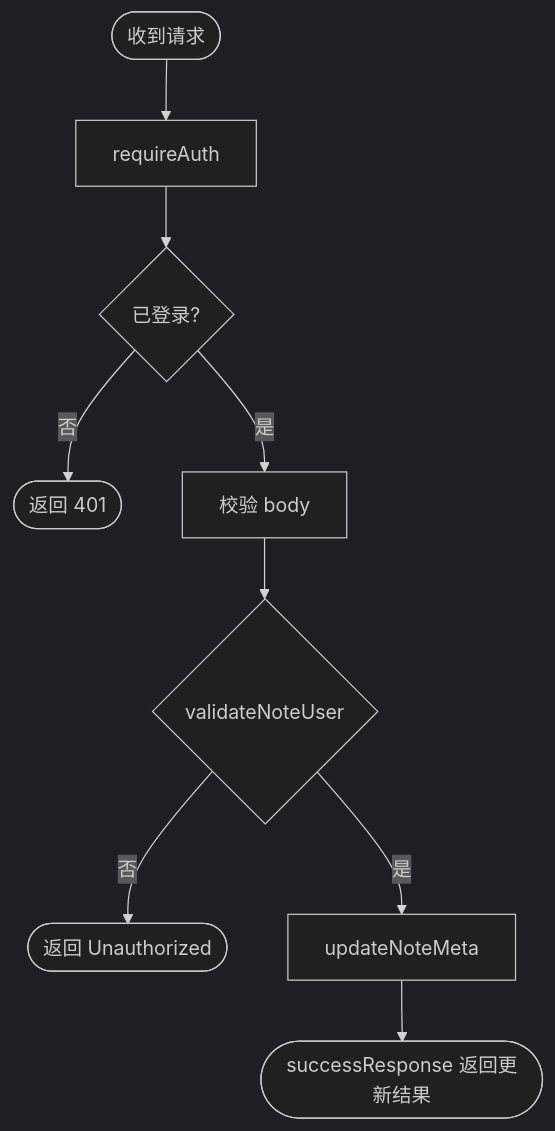
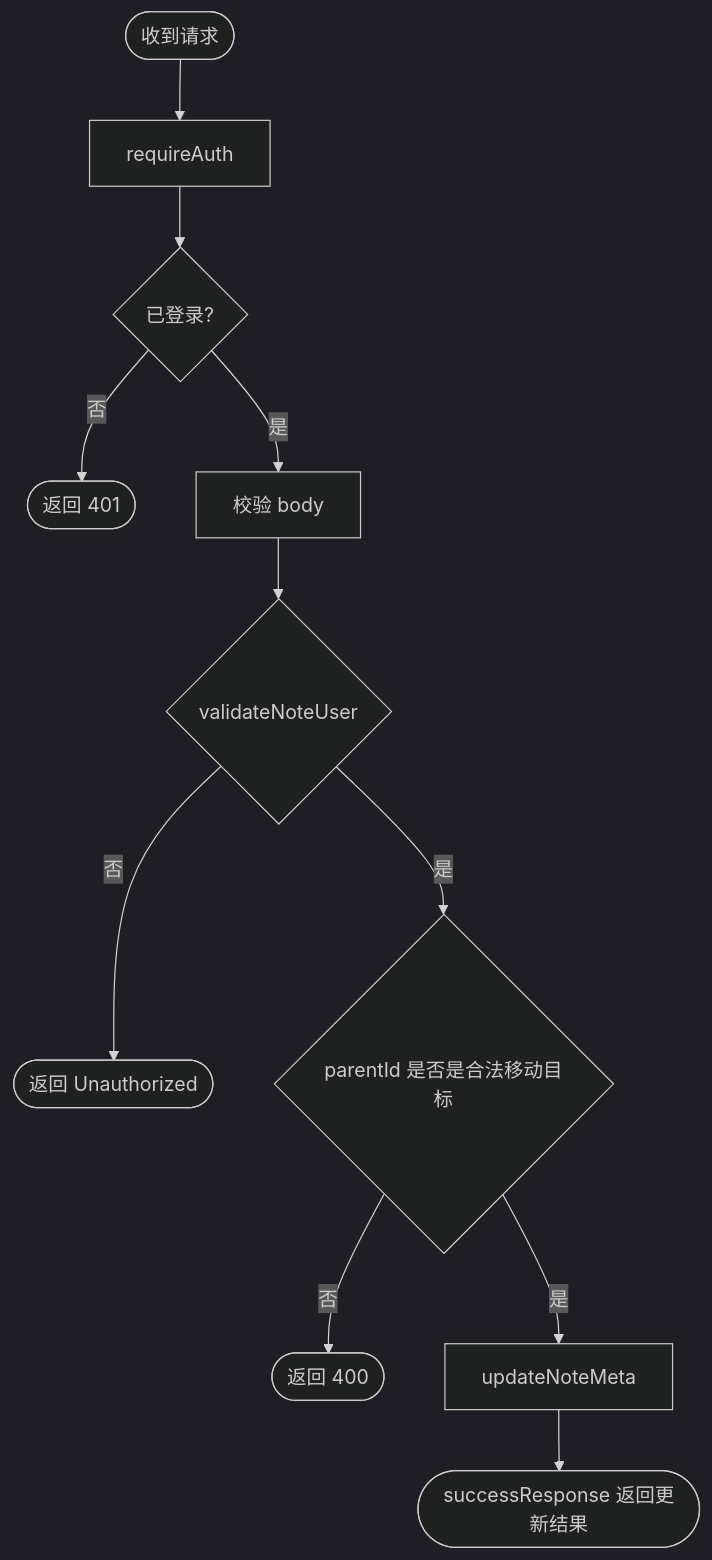
Before and after one commit to dawNotPoi/Nubbi: the third of 11 diagrams in docs/auth-api/modules/note.md, drawn with Mermaid (dark theme). The commit also changed other lines of this file and 27 other files, not shown here.

````diff
--- a/docs/auth-api/modules/note.md
+++ b/docs/auth-api/modules/note.md
@@ -158,11 +159,13 @@
 ```mermaid
 flowchart TD
   A([收到请求]) --> B[requireAuth]
   B --> C{已登录?}
   C -- 否 --> Z([返回 401])
   C -- 是 --> D[校验 body]
   D --> E{validateNoteUser}
   E -- 否 --> Y([返回 Unauthorized])
-  E -- 是 --> F[updateNoteMeta]
-  F --> G([successResponse 返回更新结果])
+  E -- 是 --> F{parentId 是否是合法移动目标}
+  F -- 否 --> X([返回 400])
+  F -- 是 --> G[updateNoteMeta]
+  G --> H([successResponse 返回更新结果])
 ```
````
